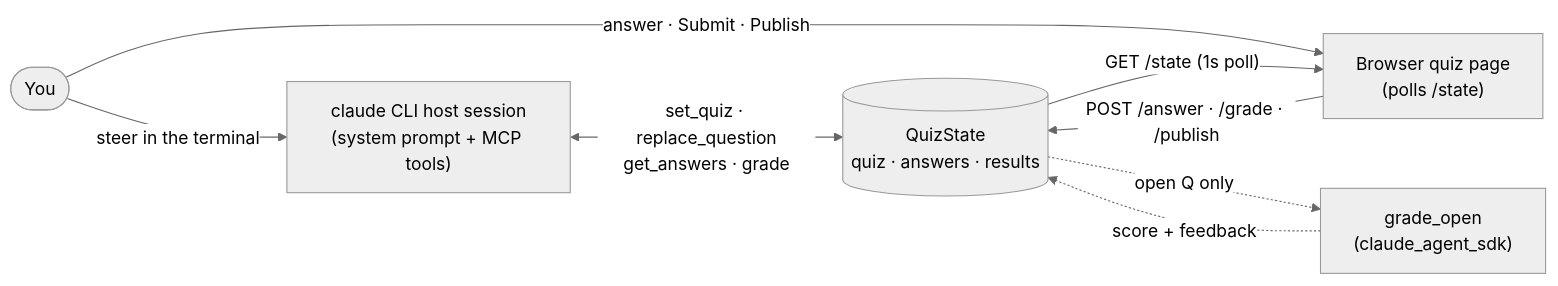
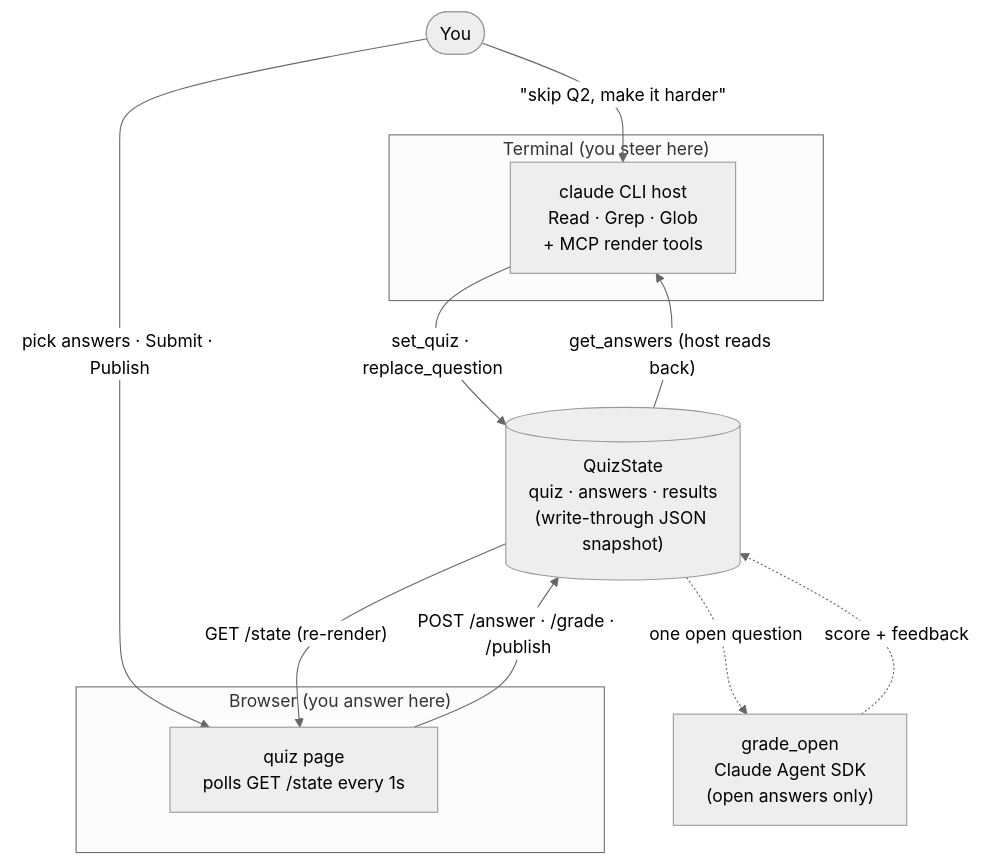
One commit to jonasbrami/cognit changed the first of 3 diagrams in README.md. Above: the diagram before and after it, drawn with Mermaid (neutral theme). The commit also changed other lines of this file, not shown here.

Commit message:
docs: clarify interaction-loop and render-state mermaid diagrams
Restructure the loop diagram around explicit Terminal/Browser subgraphs
so the "two surfaces, one shared QuizState" message reads at a glance,
and split the bidirectional host<->state arrow into two labeled ones.
Rewrite the state diagram so each transition has a single, actor-named
trigger; add notes for the non-obvious states.

````diff
--- a/README.md
+++ b/README.md
@@ -80,16 +80,27 @@
 ```mermaid
-flowchart LR
+flowchart TB
     You([You])
-    Host["claude CLI host session<br/>(system prompt + MCP tools)"]
-    State[("QuizState<br/>quiz · answers · results")]
-    UI["Browser quiz page<br/>(polls /state)"]
-    Grader["grade_open<br/>(claude_agent_sdk)"]
 
-    You -->|"steer in the terminal"| Host
-    You -->|"answer · Submit · Publish"| UI
-    Host <-->|"set_quiz · replace_question<br/>get_answers · grade"| State
+    subgraph Terminal["Terminal (you steer here)"]
+        Host["claude CLI host<br/>Read · Grep · Glob<br/>+ MCP render tools"]
+    end
+
+    subgraph BrowserBox["Browser (you answer here)"]
+        UI["quiz page<br/>polls GET /state every 1s"]
+    end
+
+    State[("QuizState<br/>quiz · answers · results<br/>(write-through JSON snapshot)")]
+    Grader["grade_open<br/>Claude Agent SDK<br/>(open answers only)"]
+
+    You -->|"&quot;skip Q2, make it harder&quot;"| Host
+    You -->|"pick answers · Submit · Publish"| UI
+
+    Host -->|"set_quiz · replace_question"| State
+    State -->|"get_answers (host reads back)"| Host
+
     UI -->|"POST /answer · /grade · /publish"| State
-    State -->|"GET /state (1s poll)"| UI
-    State -.->|"open Q only"| Grader
+    State -->|"GET /state (re-render)"| UI
+
+    State -.->|"one open question"| Grader
     Grader -.->|"score + feedback"| State
 ```
````
